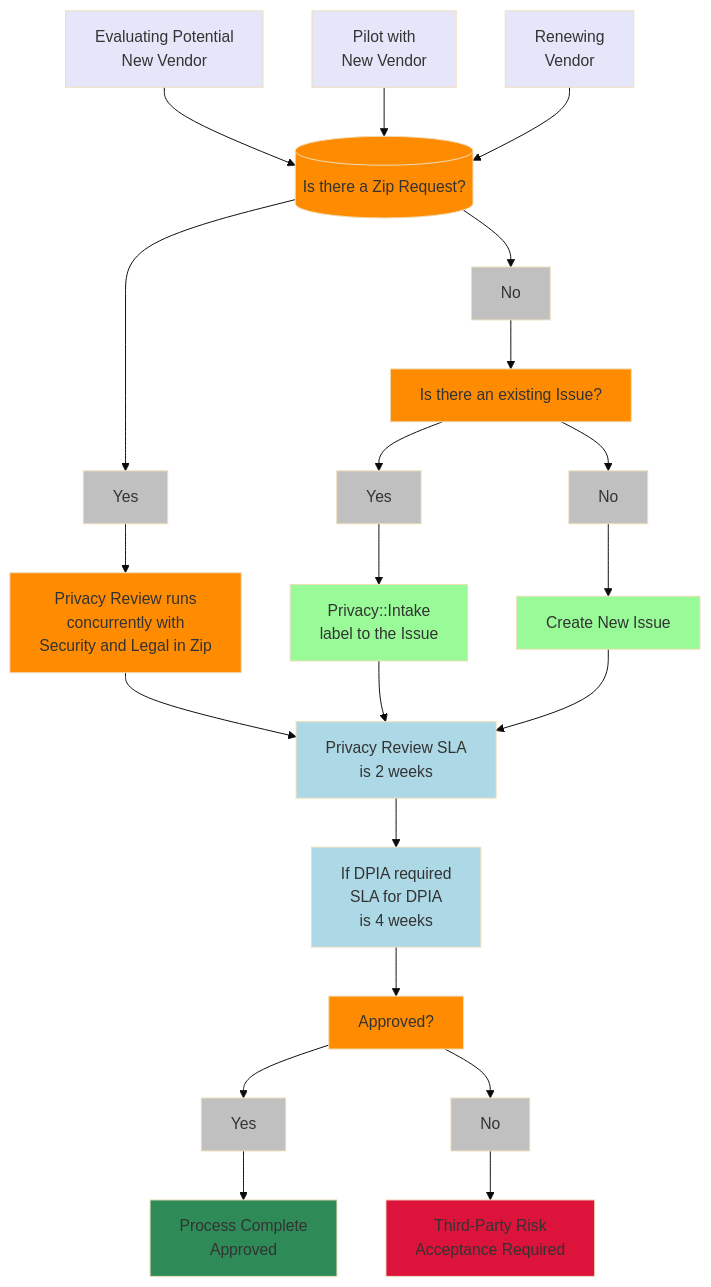
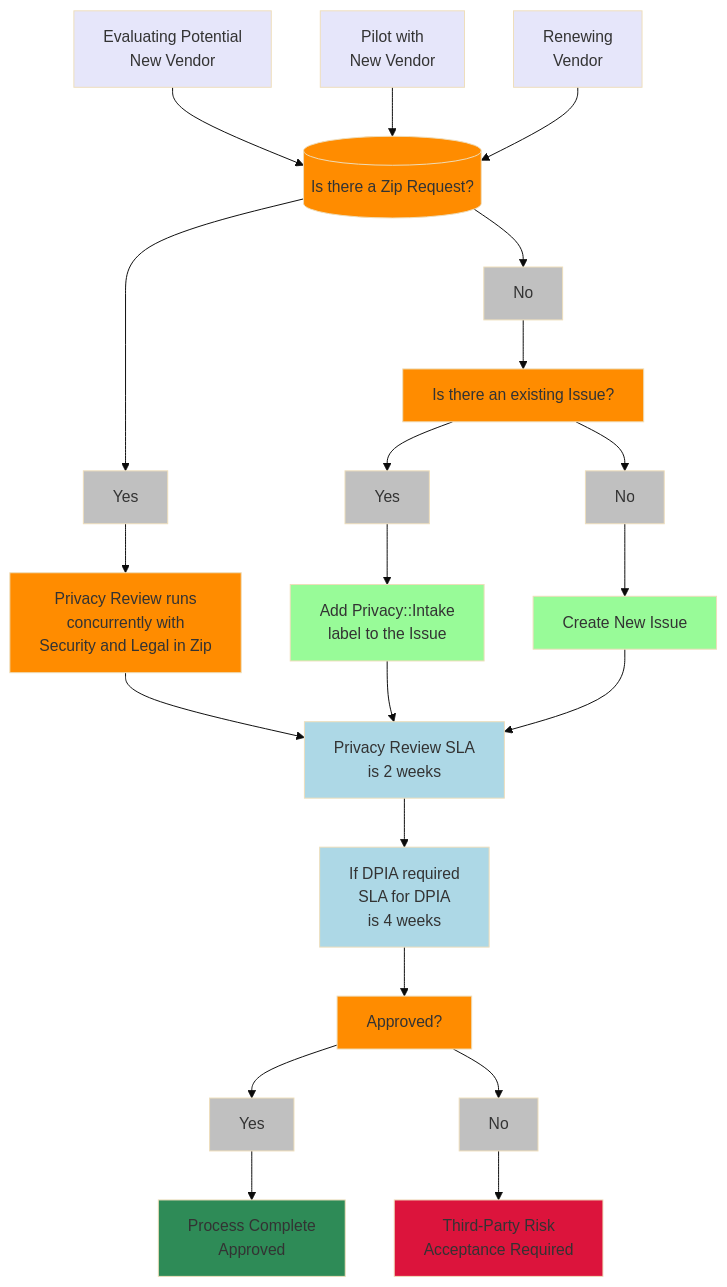
Before and after one commit to zalyoung/gitlab-handbook: the diagram in content/handbook/legal/privacy/_index.md, drawn with Mermaid (base theme).

````diff
--- a/content/handbook/legal/privacy/_index.md
+++ b/content/handbook/legal/privacy/_index.md
@@ -101,48 +101,48 @@
 ```mermaid
 graph TD
    A[Evaluating Potential<br> New Vendor] --> Did1[(Is there a Zip Request?)]
    B[Pilot with<br> New Vendor] --> Did1[(Is there a Zip Request?)]
    C[Renewing<br> Vendor] --> Did1[(Is there a Zip Request?)]
    Did1 --> E1[Yes]
    Did1 --> E2[No]
    E1 --> F[Privacy Review runs<br> concurrently with <br> Security and Legal in Zip]
    E2 --> G[Is there an existing Issue?]
    G --> H1[Yes]
    G --> H2[No]
-   H1 --> I[Privacy::Intake<br> label to the Issue]
+   H1 --> I[Add Privacy::Intake<br> label to the Issue]
    H2 --> J[Create New Issue]
    F --> K[Privacy Review SLA<br> is 2 weeks]
    I --> K
    J --> K
    K --> L[If DPIA required<br> SLA for DPIA<br> is 4 weeks]
    L --> M[Approved?]
    M --> N1[Yes]
    M --> N2[No]
    N1 --> O[Process Complete<br> Approved]
    N2 --> P[Third-Party Risk<br> Acceptance Required]
 
    click Did1 "https://handbook.gitlab.com/handbook/business-technology/enterprise-applications/guides/zip-guide/"
    click J "https://gitlab.com/gitlab-com/legal-and-compliance/-/blob/master/.gitlab/issue_templates/Vendor-Procurement-Privacy-Review.md" _blank
    click P "https://gitlab.com/gitlab-com/legal-and-compliance/-/blob/master/.gitlab/issue_templates/Third-Party-Risk-Acceptance.md" _blank
 
    style A fill:#E6E6FA
    style B fill:#E6E6FA
    style C fill:#E6E6FA
    style Did1 fill:#FF8C00
    style E1 fill:#C0C0C0
    style E2 fill:#C0C0C0
    style F fill:#FF8C00
    style G fill:#FF8C00
    style H1 fill:#C0C0C0
    style H2 fill:#C0C0C0
    style I fill:#98FB98
    style J fill:#98FB98
    style K fill:#ADD8E6
    style L fill:#ADD8E6
    style M fill:#FF8C00
    style N1 fill:#C0C0C0
    style N2 fill:#C0C0C0
    style O fill:#2E8B57
    style P fill:#DC143C
 
 ```
````
